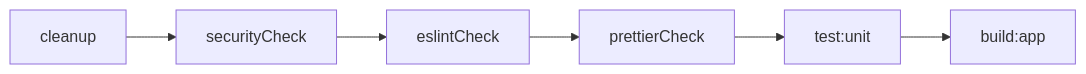
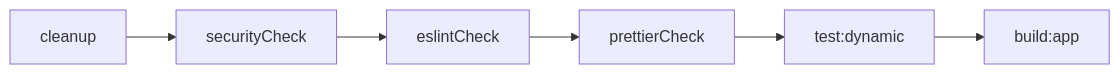
The second of 3 diagrams in README.md (virgenherrera/nest-base), drawn with Mermaid before and after one commit. The commit also changed other lines of this file and 5 other files, not shown here.

````diff
--- a/README.md
+++ b/README.md
@@ -243,8 +245,8 @@
 ```mermaid
 flowchart LR
     A[cleanup] --> B[securityCheck]
     B --> C[eslintCheck]
     C --> D[prettierCheck]
-    D --> E[test:unit]
+    D --> E[test:dynamic]
     E --> F[build:app]
 ```
````
